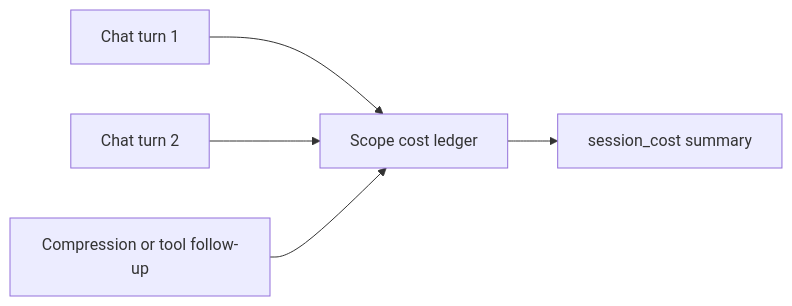
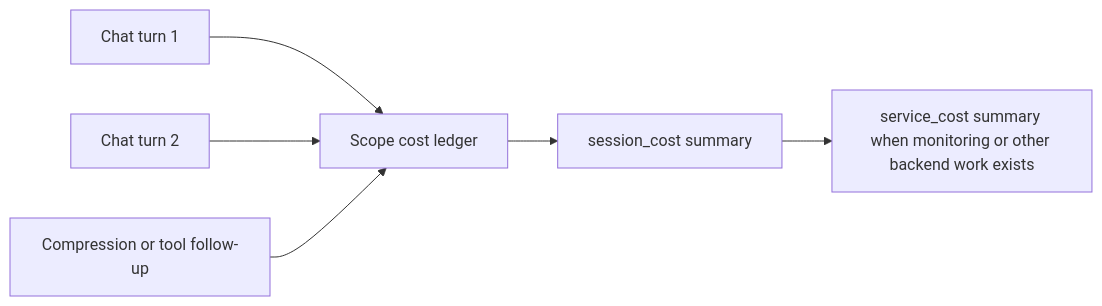
The fourth of 5 diagrams in api-reference/agent.mdx (FajarArrizki/docs), drawn with Mermaid before and after one commit. The commit also changed other lines of this file and 22 other files, not shown here.

````diff
--- a/api-reference/agent.mdx
+++ b/api-reference/agent.mdx
@@ -144,7 +144,8 @@
 ```mermaid
 flowchart LR
     A[Chat turn 1] --> D[Scope cost ledger]
     B[Chat turn 2] --> D
     C[Compression or tool follow-up] --> D
     D --> E[session_cost summary]
+    E --> F[service_cost summary when monitoring or other backend work exists]
 ```
````
